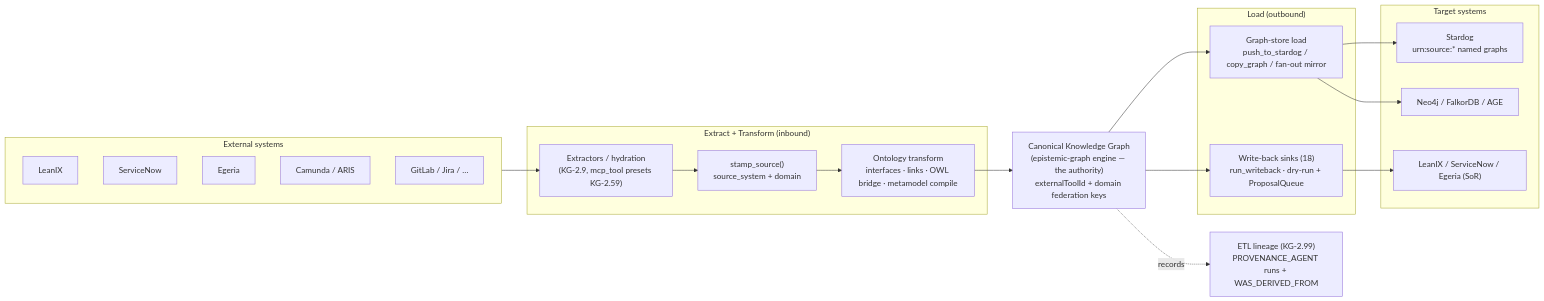
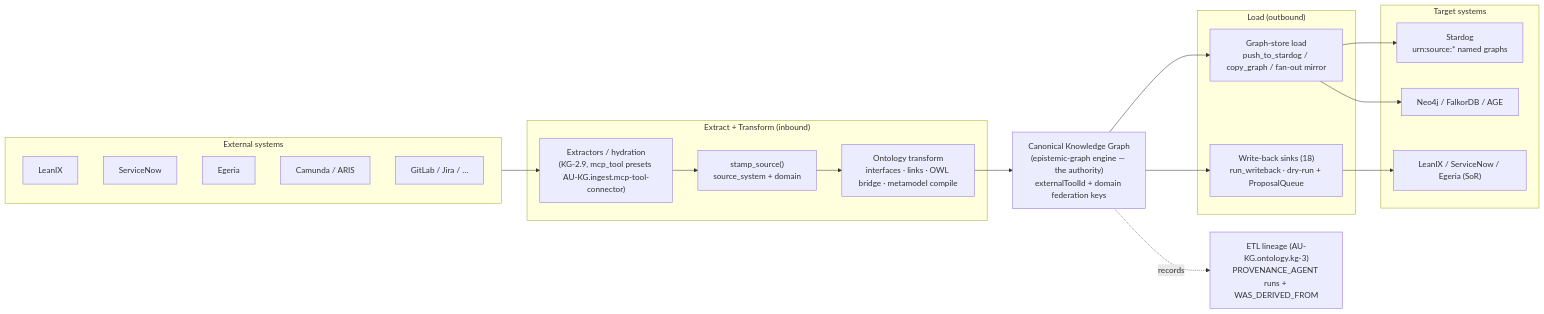
The first of 3 diagrams in docs/architecture/kg_etl_hub.md (Knuckles-Team/agent-utilities), drawn with Mermaid before and after one commit. The commit also changed other lines of this file and 2324 other files, not shown here.

````diff
--- a/docs/architecture/kg_etl_hub.md
+++ b/docs/architecture/kg_etl_hub.md
@@ -23,26 +23,26 @@
 ```mermaid
 flowchart LR
     subgraph SRC["External systems"]
         LX["LeanIX"]; SN["ServiceNow"]; EG["Egeria"]; CAM["Camunda / ARIS"]; GIT["GitLab / Jira / …"]
     end
     subgraph IN["Extract + Transform (inbound)"]
-        EXT["Extractors / hydration<br/>(KG-2.9, mcp_tool presets KG-2.59)"]
+        EXT["Extractors / hydration<br/>(KG-2.9, mcp_tool presets AU-KG.ingest.mcp-tool-connector)"]
         PROV["stamp_source()<br/>source_system + domain"]
         ONT["Ontology transform<br/>interfaces · links · OWL bridge · metamodel compile"]
     end
     HUB["Canonical Knowledge Graph<br/>(epistemic-graph engine — the authority)<br/>externalToolId + domain federation keys"]
     subgraph OUT["Load (outbound)"]
         WB["Write-back sinks (18)<br/>run_writeback · dry-run + ProposalQueue"]
         MIR["Graph-store load<br/>push_to_stardog / copy_graph / fan-out mirror"]
     end
     subgraph SINK["Target systems"]
         SD["Stardog<br/>urn:source:* named graphs"]; N4["Neo4j / FalkorDB / AGE"]; SOR["LeanIX / ServiceNow / Egeria (SoR)"]
     end
 
     SRC --> EXT --> PROV --> ONT --> HUB
     HUB --> WB --> SOR
     HUB --> MIR --> SD
     MIR --> N4
-    LIN["ETL lineage (KG-2.99)<br/>PROVENANCE_AGENT runs + WAS_DERIVED_FROM"]
+    LIN["ETL lineage (AU-KG.ontology.kg-3)<br/>PROVENANCE_AGENT runs + WAS_DERIVED_FROM"]
     HUB -.records.-> LIN
 ```
````
